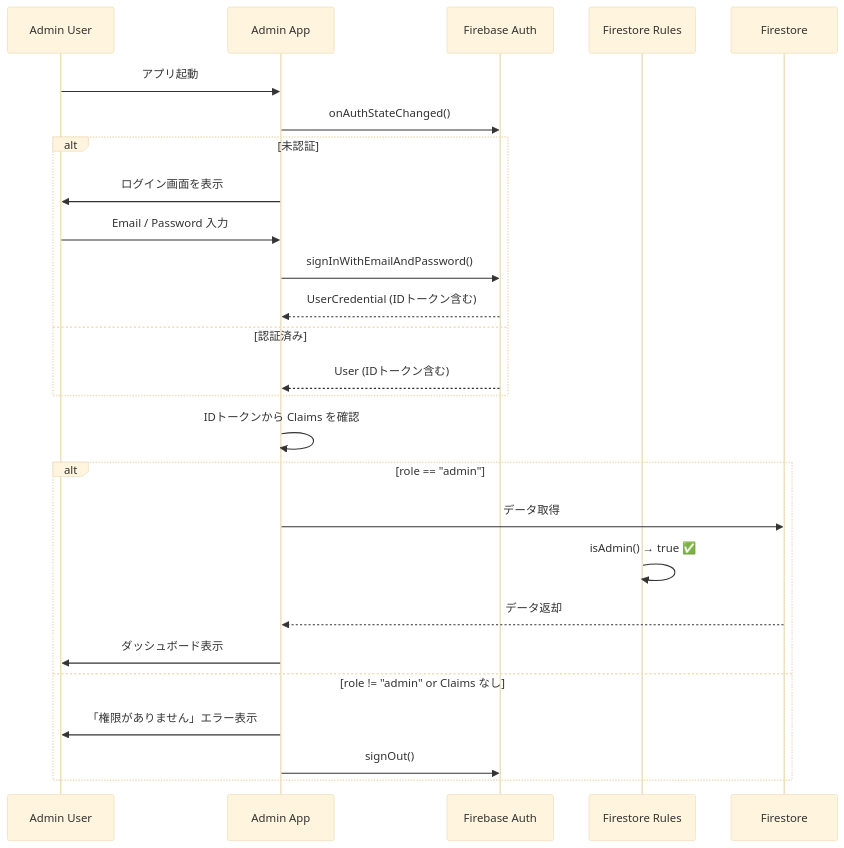
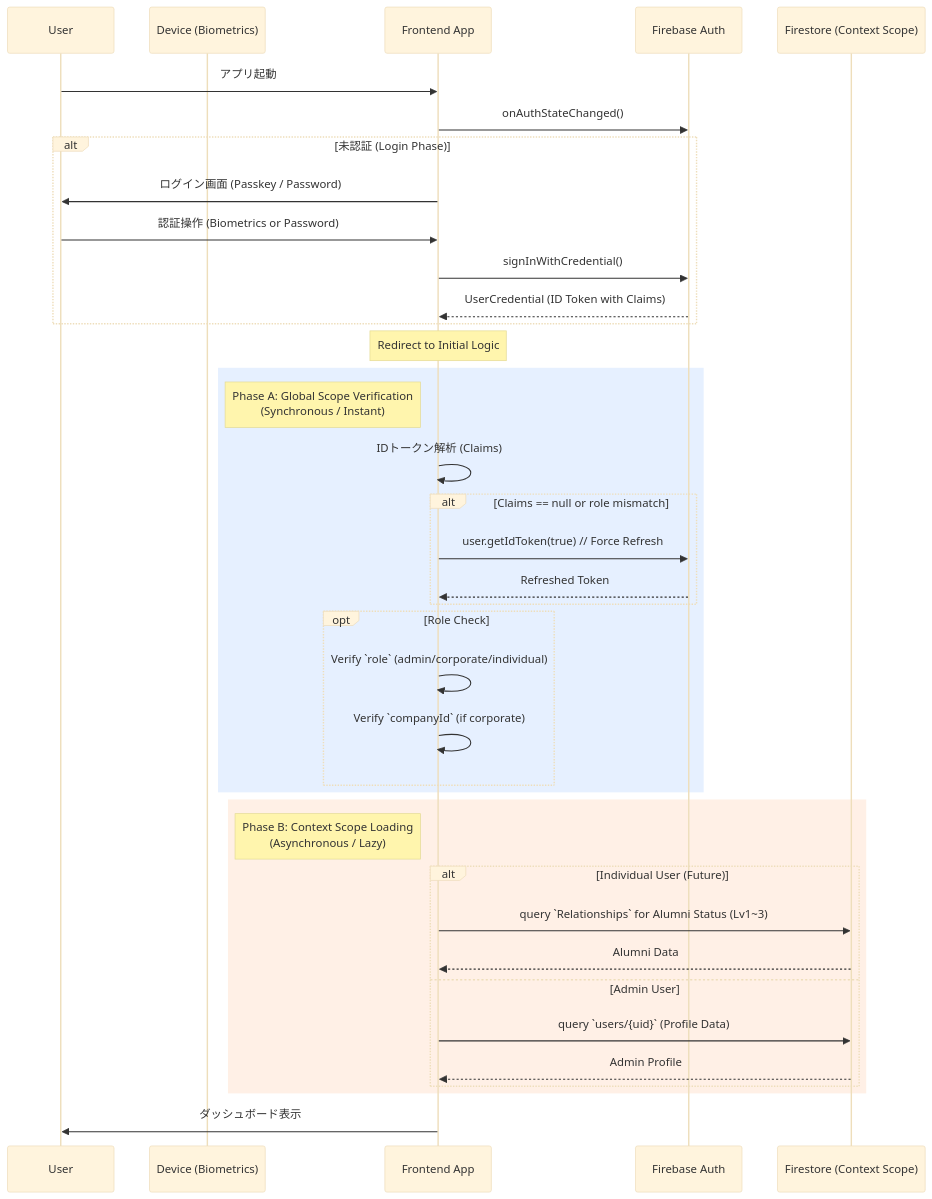
The diagram in docs/security/Authentication_Authorization.md (yama-0t0k0/forAgent), drawn with Mermaid (base theme) before and after one commit. The commit also changed other lines of this file and 5 other files, not shown here.

````diff
--- a/docs/security/Authentication_Authorization.md
+++ b/docs/security/Authentication_Authorization.md
@@ -211,29 +209,47 @@
 ```mermaid
 sequenceDiagram
-    participant User as Admin User
-    participant App as Admin App
+    participant User
+    participant Device as Device (Biometrics)
+    participant App as Frontend App
     participant Auth as Firebase Auth
-    participant Rules as Firestore Rules
-    participant DB as Firestore
+    participant DB as Firestore (Context Scope)
 
     User->>App: アプリ起動
     App->>Auth: onAuthStateChanged()
-    alt 未認証
-        App->>User: ログイン画面を表示
-        User->>App: Email / Password 入力
-        App->>Auth: signInWithEmailAndPassword()
-        Auth-->>App: UserCredential (IDトークン含む)
-    else 認証済み
-        Auth-->>App: User (IDトークン含む)
+    
+    alt 未認証 (Login Phase)
+        App->>User: ログイン画面 (Passkey / Password)
+        User->>App: 認証操作 (Biometrics or Password)
+        App->>Auth: signInWithCredential()
+        Auth-->>App: UserCredential (ID Token with Claims)
     end
-    App->>App: IDトークンから Claims を確認
-    alt role == "admin"
-        App->>DB: データ取得
-        Rules->>Rules: isAdmin() → true ✅
-        DB-->>App: データ返却
-        App->>User: ダッシュボード表示
-    else role != "admin" or Claims なし
-        App->>User: 「権限がありません」エラー表示
-        App->>Auth: signOut()
+
+    Note over App: Redirect to Initial Logic
+
+    rect rgb(230, 240, 255)
+        Note left of App: Phase A: Global Scope Verification<br/>(Synchronous / Instant)
+        App->>App: IDトークン解析 (Claims)
+        alt Claims == null or role mismatch
+            App->>Auth: user.getIdToken(true) // Force Refresh
+            Auth-->>App: Refreshed Token
+        end
+        
+        opt Role Check
+            App->>App: Verify `role` (admin/corporate/individual)
+            App->>App: Verify `companyId` (if corporate)
+        end
     end
+
+    rect rgb(255, 240, 230)
+        Note left of App: Phase B: Context Scope Loading<br/>(Asynchronous / Lazy)
+        alt Individual User (Future)
+            App->>DB: query `Relationships` for Alumni Status (Lv1~3)
+            DB-->>App: Alumni Data
+        else Admin User
+            App->>DB: query `users/{uid}` (Profile Data)
+            DB-->>App: Admin Profile
+        end
+    end
+
+    App->>User: ダッシュボード表示
 ```
````
